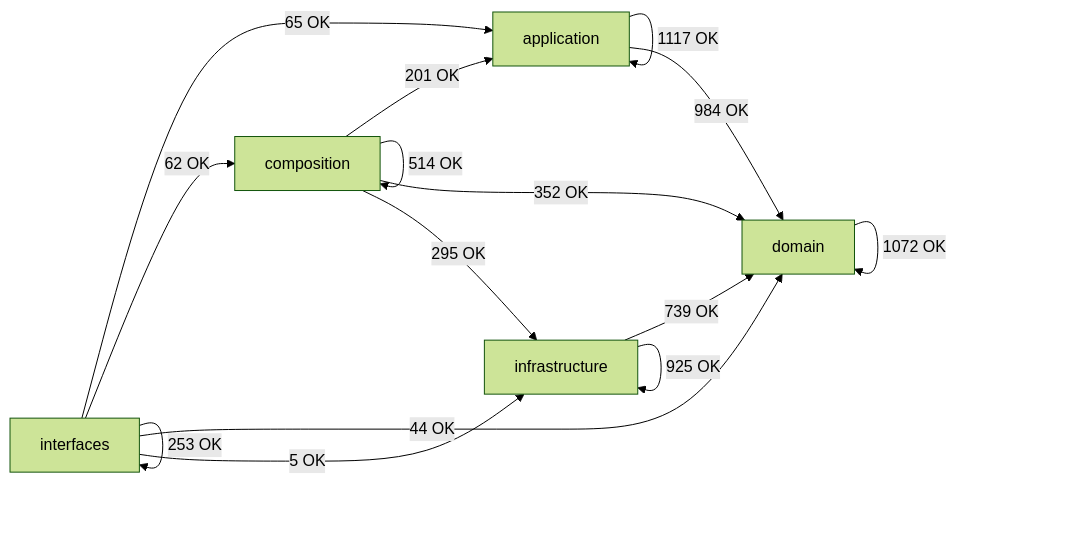
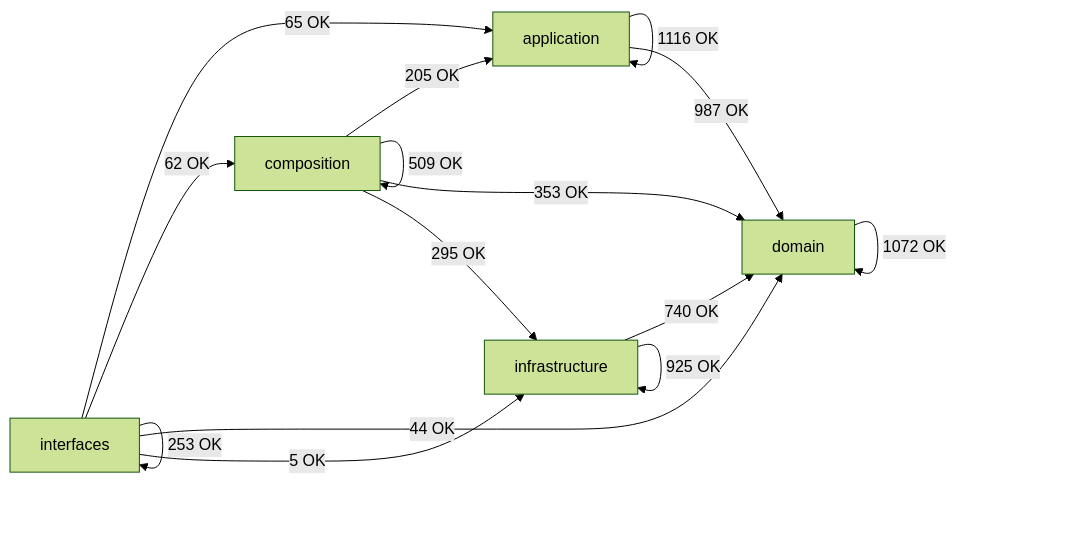
The diagram in docs/02-architecture/generated/module-dependency-map.md (SatoryKono/BioactivityDataAcquisition), drawn with Mermaid (forest theme) before and after one commit. The commit also changed other lines of this file and 63 other files, not shown here.

````diff
--- a/docs/02-architecture/generated/module-dependency-map.md
+++ b/docs/02-architecture/generated/module-dependency-map.md
@@ -17,22 +17,22 @@
 ```mermaid
 flowchart LR
     domain[domain]
     application[application]
     infrastructure[infrastructure]
     composition[composition]
     interfaces[interfaces]
-    application -->|1117 OK| application
-    application -->|984 OK| domain
-    composition -->|201 OK| application
-    composition -->|514 OK| composition
-    composition -->|352 OK| domain
+    application -->|1116 OK| application
+    application -->|987 OK| domain
+    composition -->|205 OK| application
+    composition -->|509 OK| composition
+    composition -->|353 OK| domain
     composition -->|295 OK| infrastructure
     domain -->|1072 OK| domain
-    infrastructure -->|739 OK| domain
+    infrastructure -->|740 OK| domain
     infrastructure -->|925 OK| infrastructure
     interfaces -->|65 OK| application
     interfaces -->|62 OK| composition
     interfaces -->|44 OK| domain
     interfaces -->|5 OK| infrastructure
     interfaces -->|253 OK| interfaces
 ```
````
